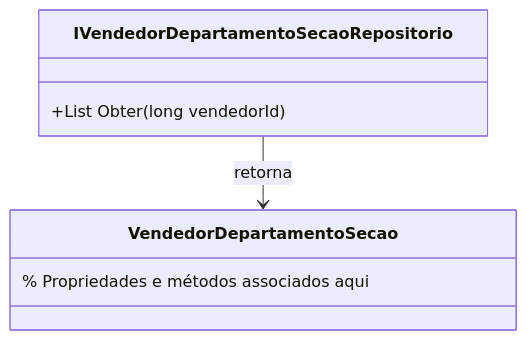
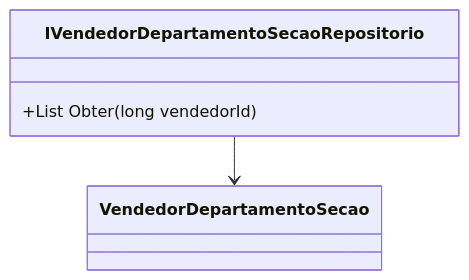
One commit to IsthmusSistemas/documentacao-tecnica changed the diagram in docs/b2b-dominio/IsthmusWinthor.Nucleo/IsthmusWinthor.Dominio/Interfaces/IVendedorDepartamentoSecaoRepositorio.md. Above: the diagram before and after it, drawn with Mermaid. The commit also changed other lines of this file and 882 other files, not shown here.

````diff
--- a/docs/b2b-dominio/IsthmusWinthor.Nucleo/IsthmusWinthor.Dominio/Interfaces/IVendedorDepartamentoSecaoRepositorio.md
+++ b/docs/b2b-dominio/IsthmusWinthor.Nucleo/IsthmusWinthor.Dominio/Interfaces/IVendedorDepartamentoSecaoRepositorio.md
@@ -23,10 +28,9 @@
 ```mermaid
 classDiagram
     class IVendedorDepartamentoSecaoRepositorio {
         +List<VendedorDepartamentoSecao> Obter(long vendedorId)
     }
-    class VendedorDepartamentoSecao {
-        % Propriedades e métodos associados aqui
-    }
-    IVendedorDepartamentoSecaoRepositorio --> VendedorDepartamentoSecao : retorna
-```
+    class VendedorDepartamentoSecao
+    
+    IVendedorDepartamentoSecaoRepositorio --> VendedorDepartamentoSecao
+``` 
````
